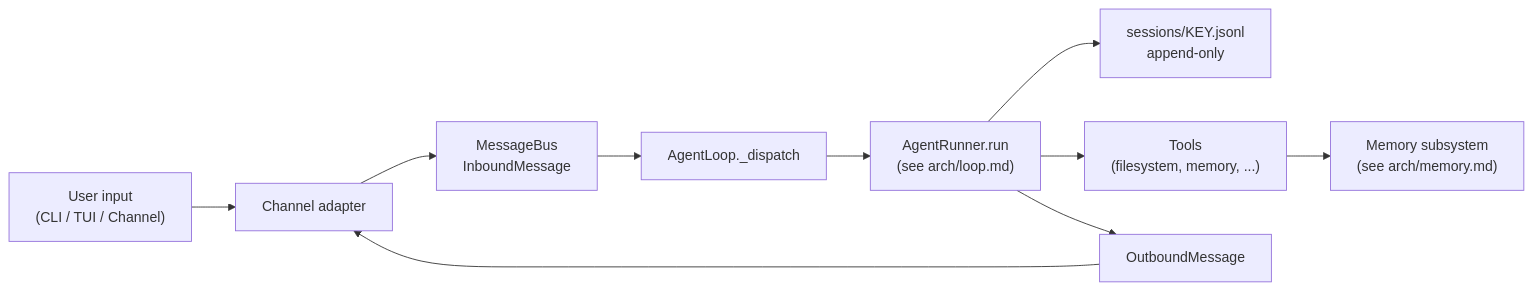
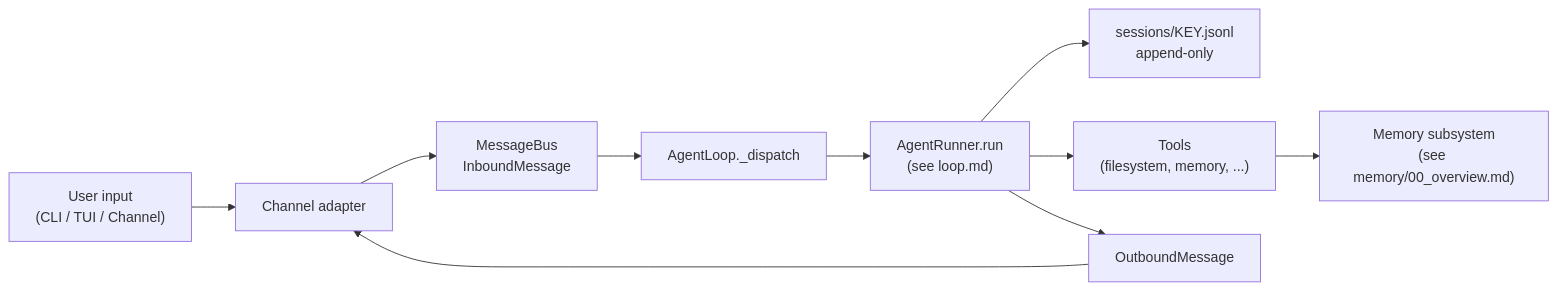
Before and after one commit to mmarmol/durin: the diagram in docs/architecture/README.md, drawn with Mermaid. The commit also changed other lines of this file and 128 other files, not shown here.

First line of the commit message:
docs: sync with code, fold design rationale into architecture, move working docs out of repo

````diff
--- a/docs/architecture/README.md
+++ b/docs/architecture/README.md
@@ -127,12 +147,12 @@
 ```mermaid
 flowchart LR
     U["User input<br/>(CLI / TUI / Channel)"] --> CH["Channel adapter"]
     CH --> BUS["MessageBus<br/>InboundMessage"]
     BUS --> LOOP["AgentLoop._dispatch"]
-    LOOP --> RUN["AgentRunner.run<br/>(see arch/loop.md)"]
+    LOOP --> RUN["AgentRunner.run<br/>(see loop.md)"]
     RUN --> SESS["sessions/KEY.jsonl<br/>append-only"]
     RUN --> TOOLS["Tools<br/>(filesystem, memory, ...)"]
-    TOOLS --> MEM["Memory subsystem<br/>(see arch/memory.md)"]
+    TOOLS --> MEM["Memory subsystem<br/>(see memory/00_overview.md)"]
     RUN --> OUT["OutboundMessage"]
     OUT --> CH
 ```
````
